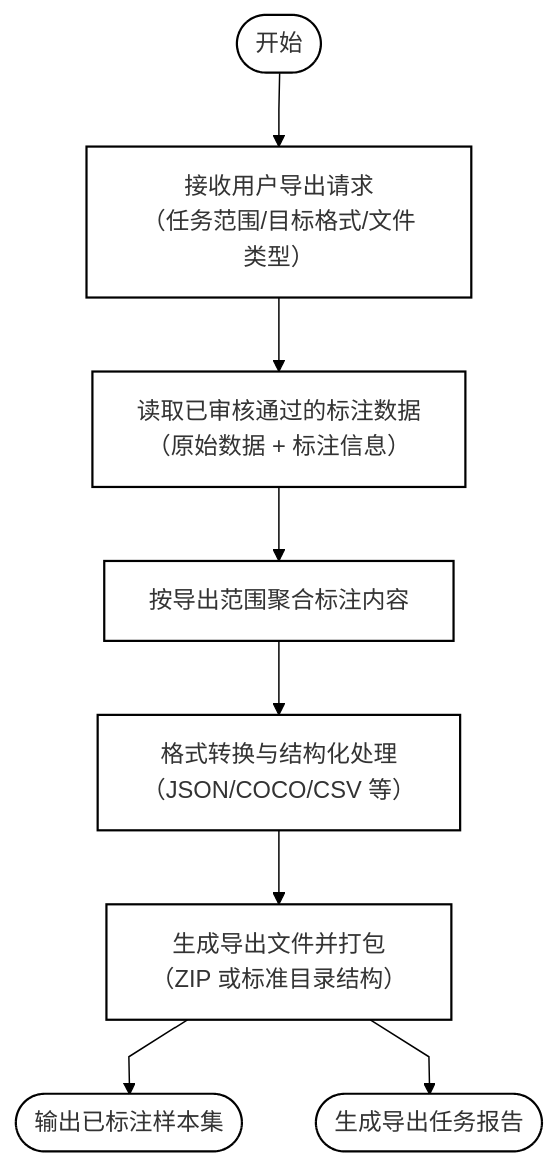
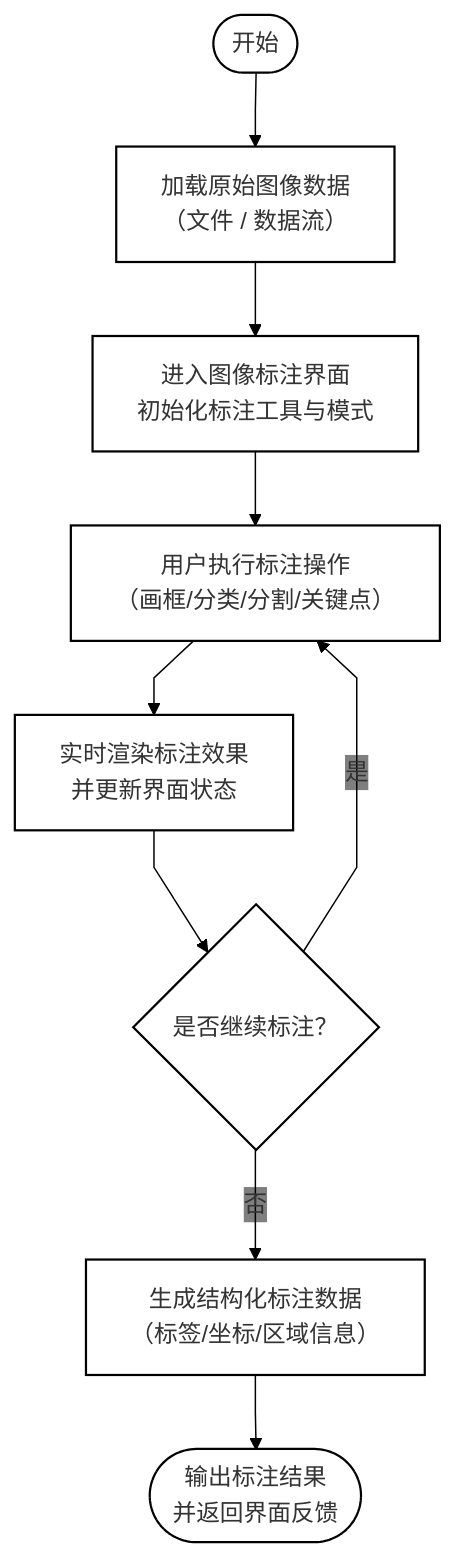
Before and after one commit to dremup/iodraw-files: the diagram in all/未命名-1.md, drawn with Mermaid.

Commit message:
2025-11-17 11:28:09 update

````diff
--- a/all/未命名-1.md
+++ b/all/未命名-1.md
@@ -1,30 +1,38 @@
 ```mermaid
 %%{init:{
   "flowchart":{"direction":"TB","curve":"linear","htmlLabels":true},
   "themeVariables":{
     "background":"transparent",
     "edgeLabelBackground":"transparent",
     "primaryTextColor":"#000",
     "lineColor":"#000",
     "fontSize":"16px"
   },
   "themeCSS":".edgeLabel rect{fill:transparent!important;stroke:transparent!important;}"
 }}%%
 flowchart TB
 
-  A([开始]):::ellipse --> B[接收用户导出请求<br/>（任务范围/目标格式/文件类型）]:::rect
-  B --> C[读取已审核通过的标注数据<br/>（原始数据 + 标注信息）]:::rect
-  C --> D[按导出范围聚合标注内容]:::rect
-  D --> E[格式转换与结构化处理<br/>（JSON/COCO/CSV 等）]:::rect
-  E --> F[生成导出文件并打包<br/>（ZIP 或标准目录结构）]:::rect
-  F --> G([输出已标注样本集]):::ellipse
-  F --> H([生成导出任务报告]):::ellipse
+  A([开始]):::ellipse --> B[加载原始图像数据<br/>（文件 / 数据流）]:::rect
+  B --> C[进入图像标注界面<br/>初始化标注工具与模式]:::rect
+
+  %% 标注过程
+  C --> D[用户执行标注操作<br/>（画框/分类/分割/关键点）]:::rect
+  D --> E[实时渲染标注效果<br/>并更新界面状态]:::rect
+
+  %% 循环：继续标注？
+  E --> F{是否继续标注？}:::diamond
+  F -->|是| D
+  F -->|否| G[生成结构化标注数据<br/>（标签/坐标/区域信息）]:::rect
+
+  G --> H([输出标注结果<br/>并返回界面反馈]):::ellipse
 
   %% 样式
   classDef ellipse fill:transparent,stroke:#000,stroke-width:1.5px,rx:22,ry:22;
   classDef rect fill:transparent,stroke:#000,stroke-width:1.5px;
+  classDef diamond fill:transparent,stroke:#000,stroke-width:1.5px;
 
-  class A,G,H ellipse;
-  class B,C,D,E,F rect;
+  class A,H ellipse;
+  class B,C,D,E,G rect;
+  class F diamond;
 
 ```
````
